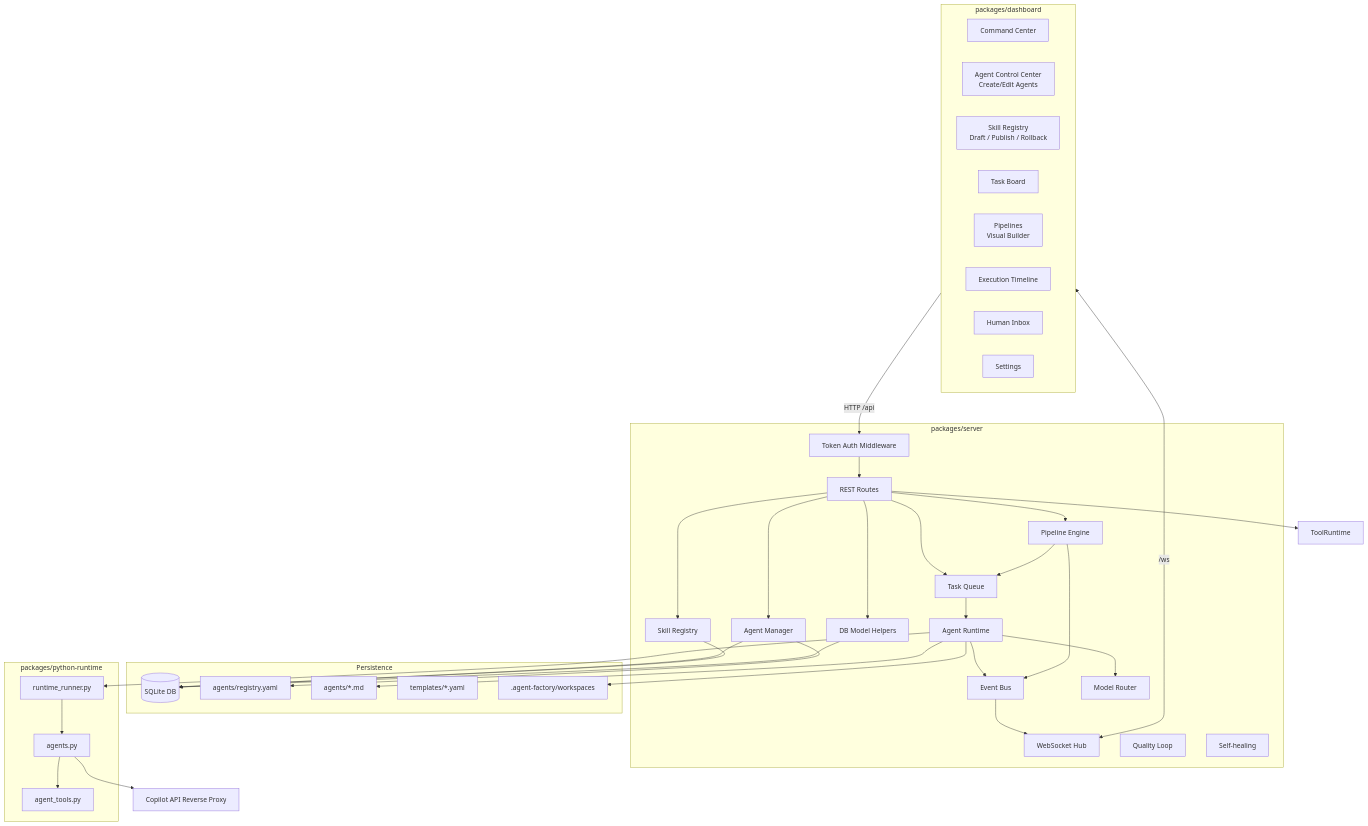
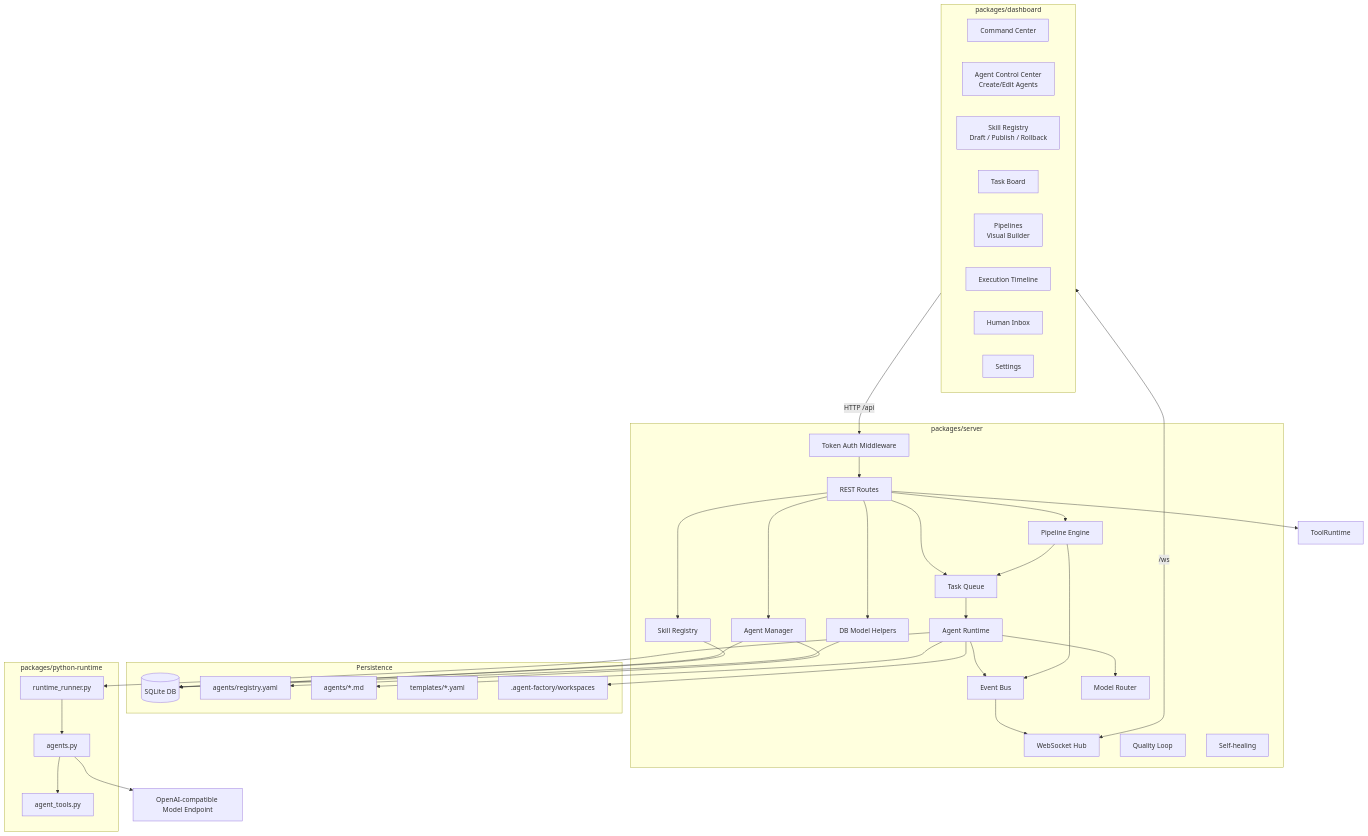
One commit to Zchary1106/Myrmecia changed the second of 14 diagrams in docs/ARCHITECTURE.md. Above: the diagram before and after it, drawn with Mermaid. The commit also changed other lines of this file and 8 other files, not shown here.

````diff
--- a/docs/ARCHITECTURE.md
+++ b/docs/ARCHITECTURE.md
@@ -37,68 +51,68 @@
 ```mermaid
 flowchart TB
   subgraph Dashboard["packages/dashboard"]
     Command[Command Center]
     Agents[Agent Control Center<br/>Create/Edit Agents]
     SkillPage[Skill Registry<br/>Draft / Publish / Rollback]
     Tasks[Task Board]
     Pipelines[Pipelines<br/>Visual Builder]
     Timeline[Execution Timeline]
     Inbox[Human Inbox]
     Settings[Settings]
   end
 
   subgraph Server["packages/server"]
     Auth[Token Auth Middleware]
     Routes[REST Routes]
     EventBus[Event Bus]
     WSHub[WebSocket Hub]
     AgentManager[Agent Manager]
     SkillRegistry[Skill Registry]
     TaskQueue[Task Queue]
     PipelineEngine[Pipeline Engine]
     QualityLoop[Quality Loop]
     SelfHealing[Self-healing]
     Runtime[Agent Runtime]
     ModelRouter[Model Router]
     DBModels[DB Model Helpers]
   end
 
   subgraph Data["Persistence"]
     SQLite[(SQLite DB)]
     Registry[agents/registry.yaml]
     Skills[agents/*.md]
     Templates[templates/*.yaml]
     Workspace[.agent-factory/workspaces]
   end
 
   subgraph Python["packages/python-runtime"]
     Runner[runtime_runner.py]
     Builder[agents.py]
     ToolRegistry[agent_tools.py]
   end
 
   Dashboard -->|HTTP /api| Auth --> Routes
   Dashboard <-->|/ws| WSHub
   Routes --> AgentManager
   Routes --> ToolRuntime
   Routes --> SkillRegistry
   Routes --> TaskQueue
   Routes --> PipelineEngine
   Routes --> DBModels
   AgentManager --> Registry
   AgentManager --> SQLite
   TaskQueue --> Runtime
   PipelineEngine --> TaskQueue
   Runtime --> Skills
   SkillRegistry --> SQLite
   Runtime --> ModelRouter
   Runtime --> Workspace
   Runtime --> Runner
   Runner --> Builder
   Builder --> ToolRegistry
-  Builder --> Copilot[Copilot API Reverse Proxy]
+  Builder --> ModelEndpoint[OpenAI-compatible Model Endpoint]
   DBModels --> SQLite
   EventBus --> WSHub
   Runtime --> EventBus
   PipelineEngine --> EventBus
 ```
````
